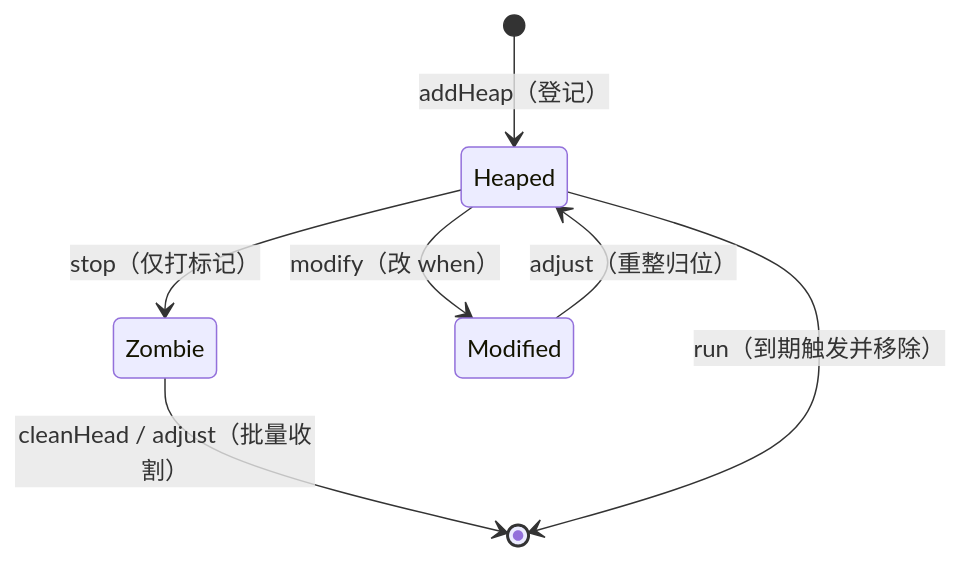
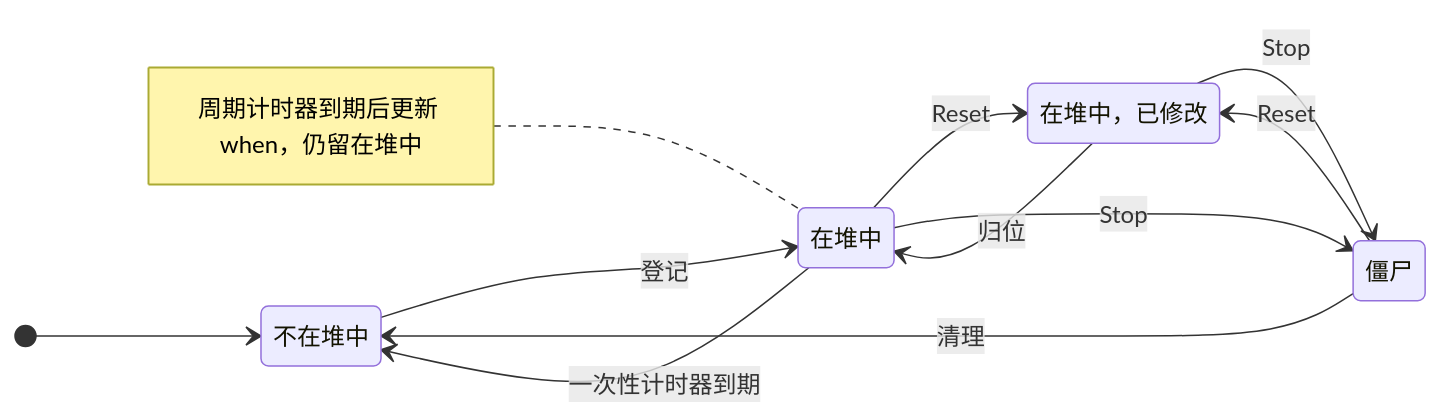
The diagram in book/zh-cn/part3concurrency/ch09sched/timer.md (golang-design/under-the-hood), drawn with Mermaid before and after one commit. The commit also changed other lines of this file and 11 other files, not shown here.

````diff
--- a/book/zh-cn/part3concurrency/ch09sched/timer.md
+++ b/book/zh-cn/part3concurrency/ch09sched/timer.md
@@ -169,9 +209,18 @@
 ```mermaid
 stateDiagram-v2
-    [*] --> Heaped: addHeap（登记）
-    Heaped --> Zombie: stop（仅打标记）
-    Heaped --> Modified: modify（改 when）
-    Modified --> Heaped: adjust（重整归位）
-    Zombie --> [*]: cleanHead / adjust（批量收割）
-    Heaped --> [*]: run（到期触发并移除）
+    direction LR
+    state "不在堆中" as Off
+    state "在堆中" as Heaped
+    state "在堆中，已修改" as Modified
+    state "僵尸" as Zombie
+    [*] --> Off
+    Off --> Heaped: 登记
+    Heaped --> Modified: Reset
+    Modified --> Heaped: 归位
+    Heaped --> Zombie: Stop
+    Modified --> Zombie: Stop
+    Zombie --> Modified: Reset
+    Zombie --> Off: 清理
+    Heaped --> Off: 一次性计时器到期
+        note left of Heaped: 周期计时器到期后更新 when，仍留在堆中
 ```
````
